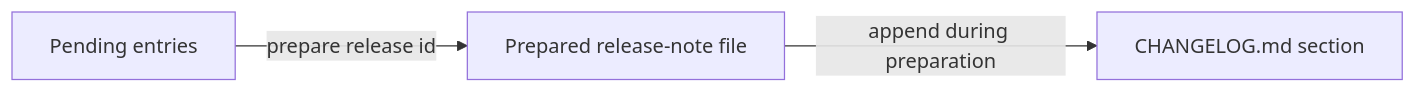
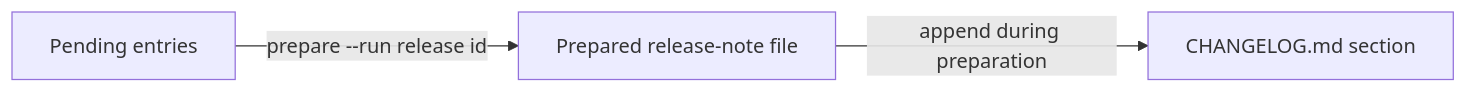
One commit to tooppoo/rellog changed the first of 4 diagrams in docs/workflow.md. Above: the diagram before and after it, drawn with Mermaid. The commit also changed other lines of this file and 5 other files, not shown here.

Commit message:
test prepare default dry run contract

````diff
--- a/docs/workflow.md
+++ b/docs/workflow.md
@@ -19,9 +19,9 @@
 ```mermaid
 flowchart LR
   entries[Pending entries]
   notes[Prepared release-note file]
   changelog[CHANGELOG.md section]
 
-  entries -->|prepare release id| notes
+  entries -->|prepare --run release id| notes
   notes -->|append during preparation| changelog
 ```
````
